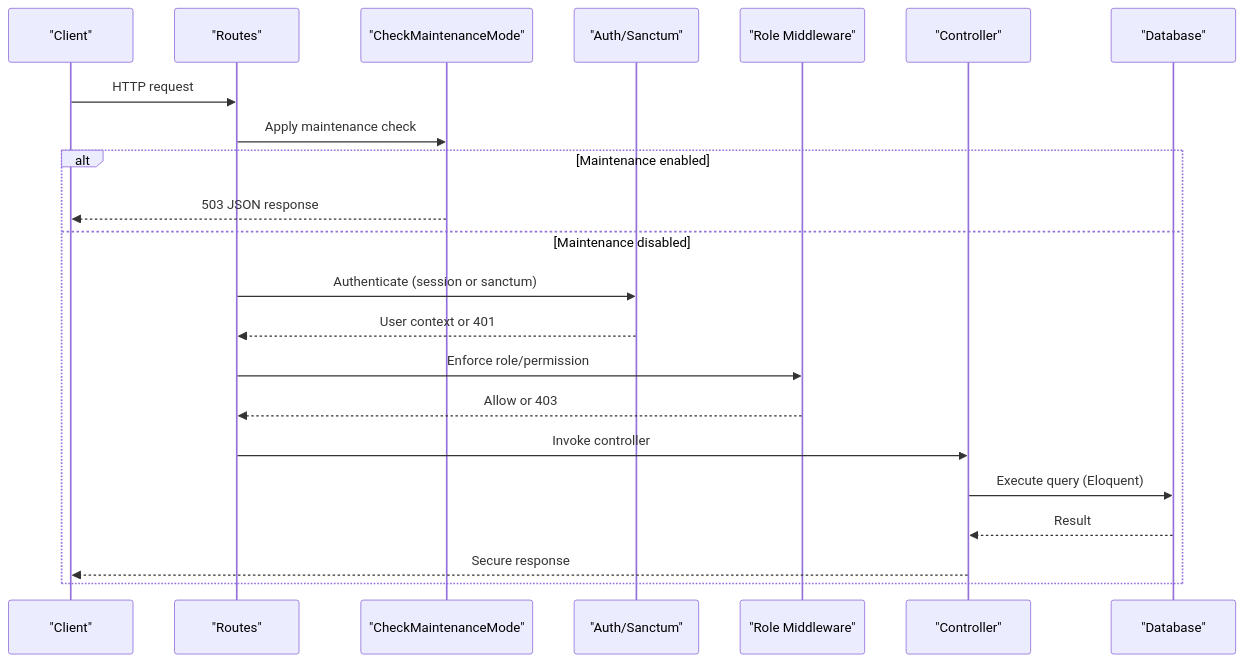
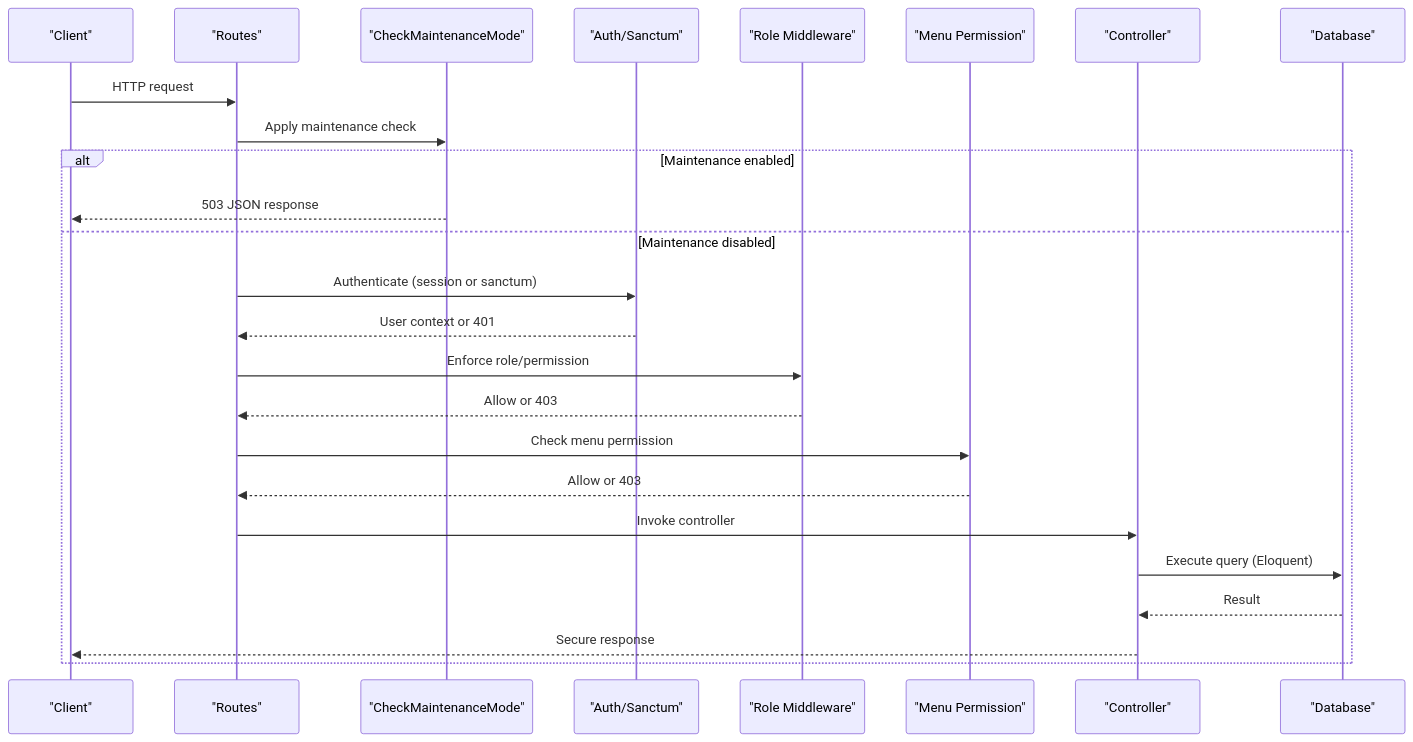
The second of 11 diagrams in .qoder/repowiki/en/content/System Architecture/Security Architecture.md (mahbub095/bus-app), drawn with Mermaid before and after one commit. The commit also changed other lines of this file and 119 other files, not shown here.

````diff
--- a/.qoder/repowiki/en/content/System Architecture/Security Architecture.md
+++ b/.qoder/repowiki/en/content/System Architecture/Security Architecture.md
@@ -167,24 +184,27 @@
 ```mermaid
 sequenceDiagram
 participant Client as "Client"
 participant Router as "Routes"
 participant MM as "CheckMaintenanceMode"
 participant Auth as "Auth/Sanctum"
 participant RBAC as "Role Middleware"
+participant Perm as "Menu Permission"
 participant Ctrl as "Controller"
 participant DB as "Database"
 Client->>Router : HTTP request
 Router->>MM : Apply maintenance check
 alt Maintenance enabled
 MM-->>Client : 503 JSON response
 else Maintenance disabled
 Router->>Auth : Authenticate (session or sanctum)
 Auth-->>Router : User context or 401
 Router->>RBAC : Enforce role/permission
 RBAC-->>Router : Allow or 403
+Router->>Perm : Check menu permission
+Perm-->>Router : Allow or 403
 Router->>Ctrl : Invoke controller
 Ctrl->>DB : Execute query (Eloquent)
 DB-->>Ctrl : Result
 Ctrl-->>Client : Secure response
 end
 ```
````
